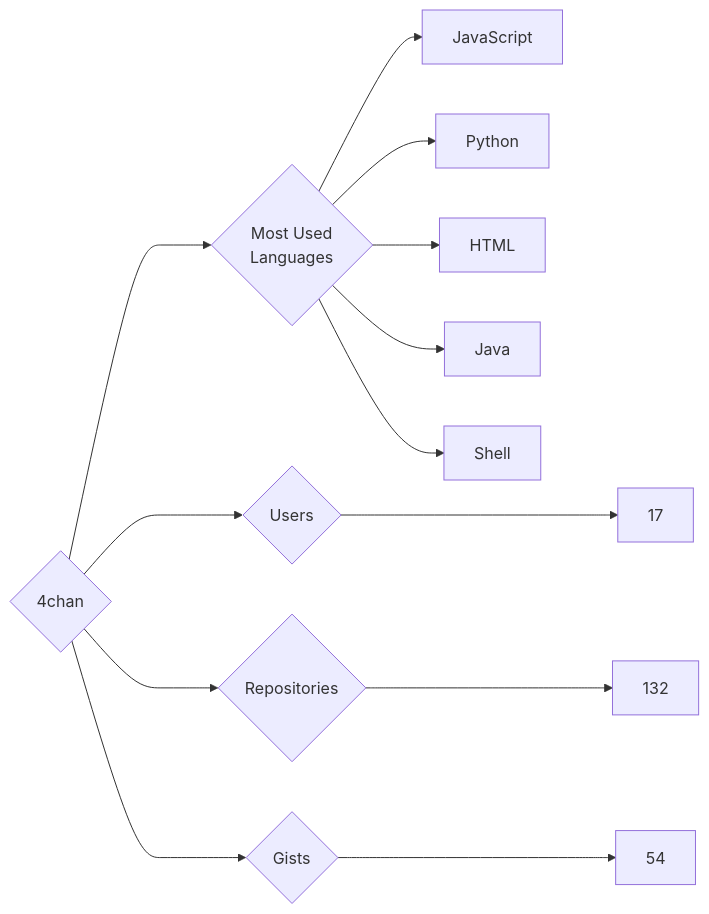
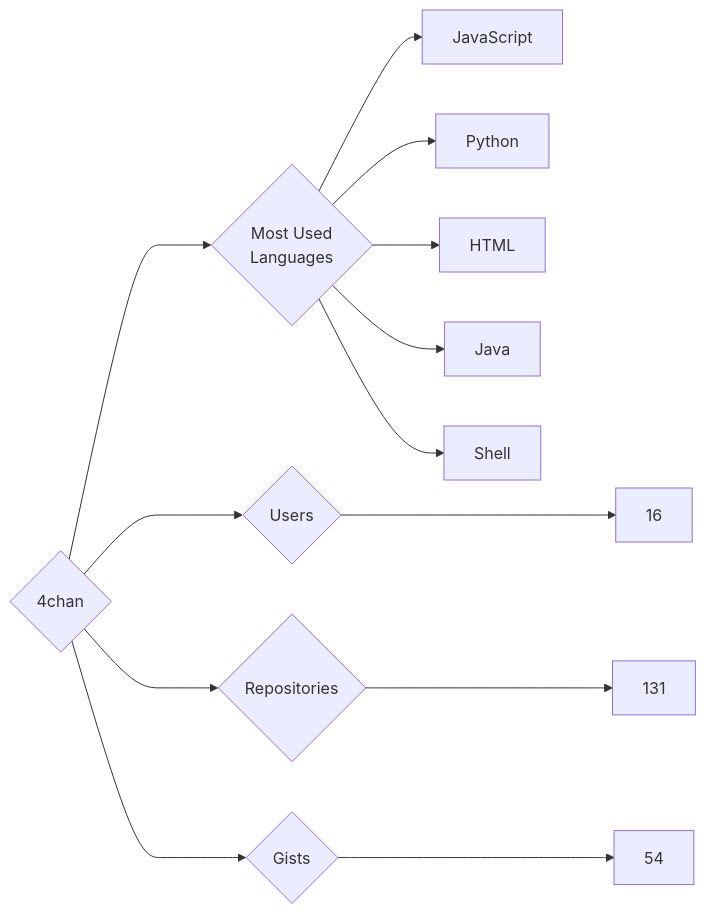
One commit to nenadzaric/insiders changed the diagram in targets/4chan/README.md. Above: the diagram before and after it, drawn with Mermaid. The commit also changed 26 other files, not shown here.

````diff
--- a/targets/4chan/README.md
+++ b/targets/4chan/README.md
@@ -3,13 +3,13 @@
 ```mermaid
 graph LR
 COMPANY_NAME{4chan}
-COMPANY_NAME ---> U{Users} ---> UN[17]
-COMPANY_NAME ---> R{Repositories} ---> RN[132]
+COMPANY_NAME ---> U{Users} ---> UN[16]
+COMPANY_NAME ---> R{Repositories} ---> RN[131]
 COMPANY_NAME ---> G{Gists} ---> GN[54]
 COMPANY_NAME ---> ML{Most Used<br>Languages}
 ML --> JavaScript[JavaScript]
 ML --> Python[Python]
 ML --> HTML[HTML]
 ML --> Java[Java]
 ML --> Shell[Shell]
 ```
````
